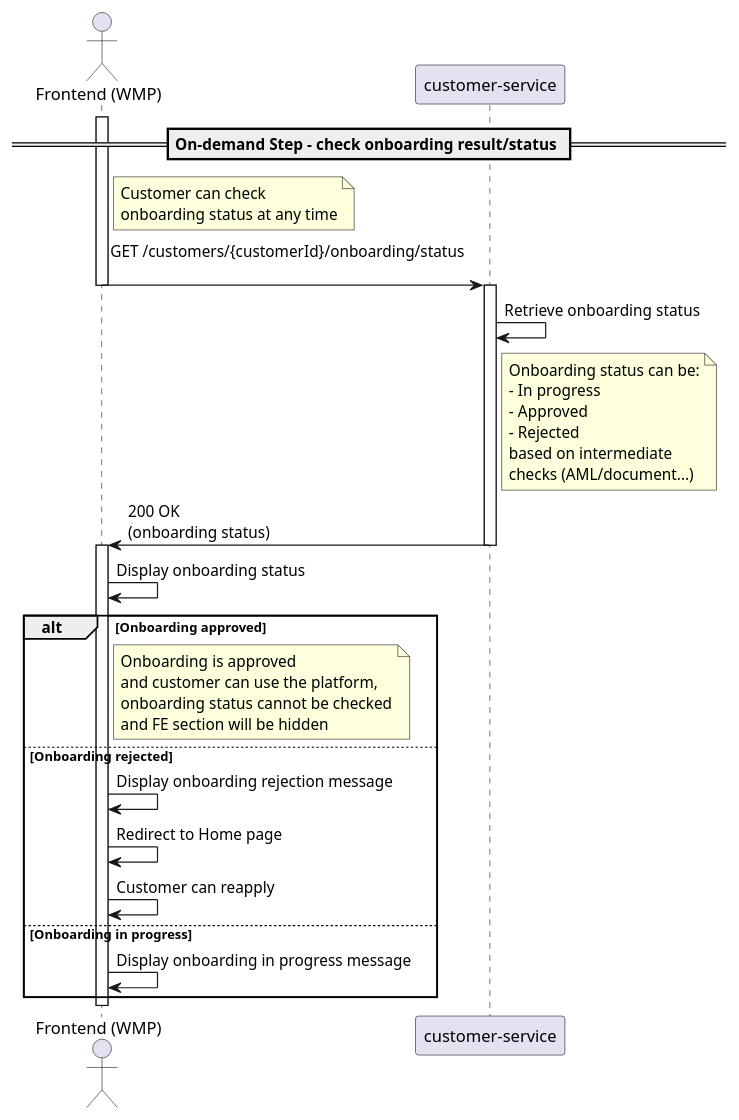
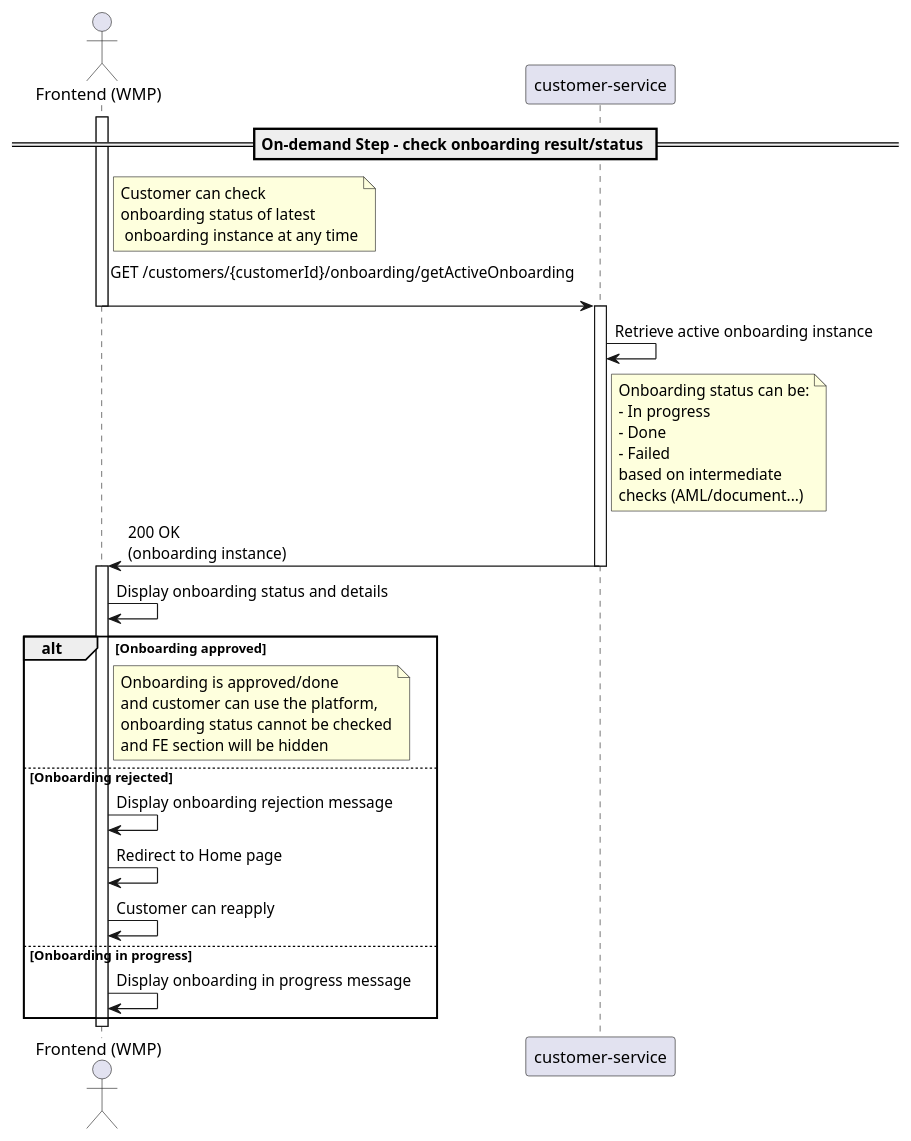
The diagram in docs/domain/assets/onboarding/customer-onboarding/status-check/customer-onboarding-status-check.md (RaffSStein/Wealth-Management-Platform-BE), drawn with PlantUML before and after one commit. The commit also changed 16 other files, not shown here.

Commit message:
Refactor onboarding entity structure: move CustomerOnboardingEntity and CustomerOnboardingStepEntity to onboarding package, update imports across related classes, and implemented onboarding retrieval methods in OnboardingService

```diff
--- a/docs/domain/assets/onboarding/customer-onboarding/status-check/customer-onboarding-status-check.md
+++ b/docs/domain/assets/onboarding/customer-onboarding/status-check/customer-onboarding-status-check.md
@@ -1,28 +1,28 @@
 @startuml
 actor FE as "Frontend (WMP)"
 participant "customer-service" as Customer
 
 == On-demand Step - check onboarding result/status ==
 activate FE
-note right of FE: Customer can check\nonboarding status at any time
-FE -> Customer: GET /customers/{customerId}/onboarding/status\n
+note right of FE: Customer can check\nonboarding status of latest\n onboarding instance at any time
+FE -> Customer: GET /customers/{customerId}/onboarding/getActiveOnboarding\n
 deactivate FE
 activate Customer
-Customer -> Customer: Retrieve onboarding status
-note right of Customer: Onboarding status can be:\n- In progress\n- Approved\n- Rejected\nbased on intermediate\nchecks (AML/document...)
-Customer -> FE: 200 OK\n(onboarding status)
+Customer -> Customer: Retrieve active onboarding instance
+note right of Customer: Onboarding status can be:\n- In progress\n- Done\n- Failed\nbased on intermediate\nchecks (AML/document...)
+Customer -> FE: 200 OK\n(onboarding instance)
 deactivate Customer
 activate FE
-FE -> FE: Display onboarding status
+FE -> FE: Display onboarding status and details
 alt Onboarding approved
-note right of FE: Onboarding is approved\nand customer can use the platform,\nonboarding status cannot be checked\nand FE section will be hidden
+note right of FE: Onboarding is approved/done\nand customer can use the platform,\nonboarding status cannot be checked\nand FE section will be hidden
 else Onboarding rejected
 FE -> FE: Display onboarding rejection message
 FE -> FE: Redirect to Home page
 FE -> FE: Customer can reapply
 else Onboarding in progress
 FE -> FE: Display onboarding in progress message
 end
 deactivate FE
 
 @enduml
```
